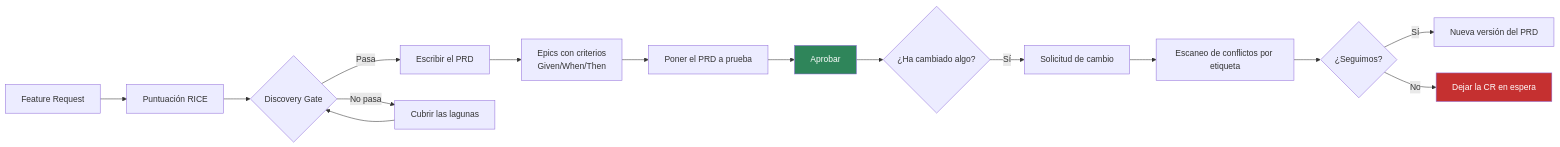
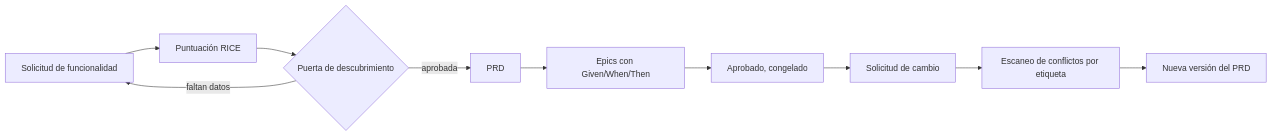
The diagram in _readmes/README.es.md (Nhat-Nguyet/product-skill-jev), drawn with Mermaid before and after one commit. The commit also changed other lines of this file and 6 other files, not shown here.

````diff
--- a/_readmes/README.es.md
+++ b/_readmes/README.es.md
@@ -153,20 +93,12 @@
 ```mermaid
 graph LR
-    FR[Feature Request] --> RICE[Puntuación RICE]
-    RICE --> Gate{Discovery Gate}
-    Gate -->|Pasa| PRD[Escribir el PRD]
-    Gate -->|No pasa| Fix[Cubrir las lagunas]
-    Fix --> Gate
-    PRD --> Epics[Epics con criterios\nGiven/When/Then]
-    Epics --> Grill[Poner el PRD a prueba]
-    Grill --> Approve[Aprobar]
-    Approve --> Change{¿Ha cambiado algo?}
-    Change -->|Sí| CR[Solicitud de cambio]
+    FR[Solicitud de funcionalidad] --> RICE[Puntuación RICE]
+    RICE --> Gate{Puerta de descubrimiento}
+    Gate -->|aprobada| PRD[PRD]
+    Gate -->|faltan datos| FR
+    PRD --> Epics[Epics con Given/When/Then]
+    Epics --> Approve[Aprobado, congelado]
+    Approve --> CR[Solicitud de cambio]
     CR --> Scan[Escaneo de conflictos por etiqueta]
-    Scan --> Confirm{¿Seguimos?}
-    Confirm -->|Sí| Apply[Nueva versión del PRD]
-    Confirm -->|No| Hold[Dejar la CR en espera]
-
-    style Approve fill:#2f855a,color:#fff
-    style Hold fill:#c53030,color:#fff
+    Scan --> V2[Nueva versión del PRD]
 ```
````
